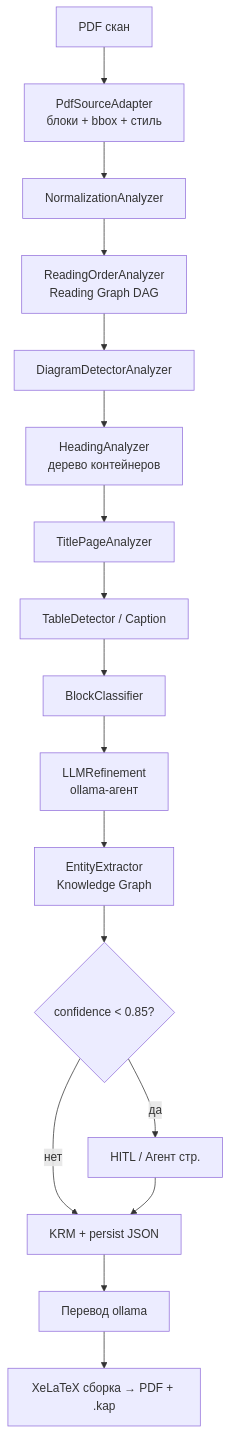
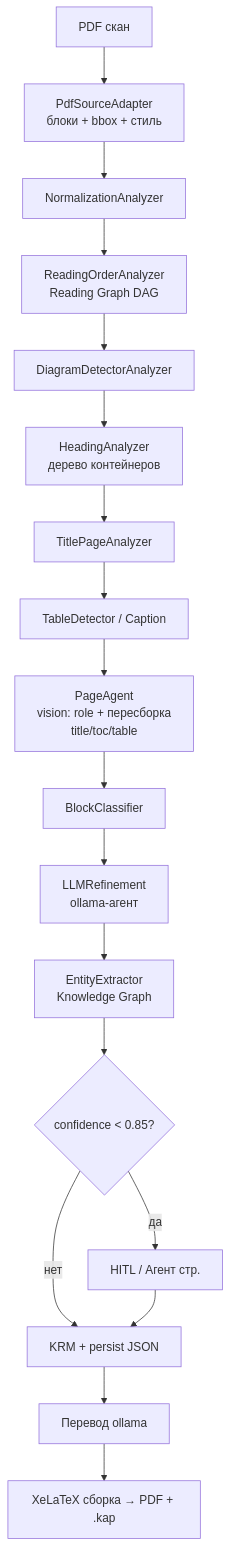
The diagram in README.md (4stm4/BookAssembler), drawn with Mermaid before and after one commit. The commit also changed other lines of this file and 3 other files, not shown here.

````diff
--- a/README.md
+++ b/README.md
@@ -45,19 +48,20 @@
 ```mermaid
 flowchart TD
     A[PDF скан] --> B[PdfSourceAdapter<br/>блоки + bbox + стиль]
     B --> C[NormalizationAnalyzer]
     C --> D[ReadingOrderAnalyzer<br/>Reading Graph DAG]
     D --> E[DiagramDetectorAnalyzer]
     E --> F[HeadingAnalyzer<br/>дерево контейнеров]
     F --> G[TitlePageAnalyzer]
     G --> H[TableDetector / Caption]
-    H --> I[BlockClassifier]
+    H --> PA[PageAgent<br/>vision: role + пересборка<br/>title/toc/table]
+    PA --> I[BlockClassifier]
     I --> J[LLMRefinement<br/>ollama-агент]
     J --> K[EntityExtractor<br/>Knowledge Graph]
     K --> L{confidence < 0.85?}
     L -- да --> M[HITL / Агент стр.]
     L -- нет --> N[KRM + persist JSON]
     M --> N
     N --> O[Перевод ollama]
     O --> P[XeLaTeX сборка → PDF + .kap]
 ```
````
